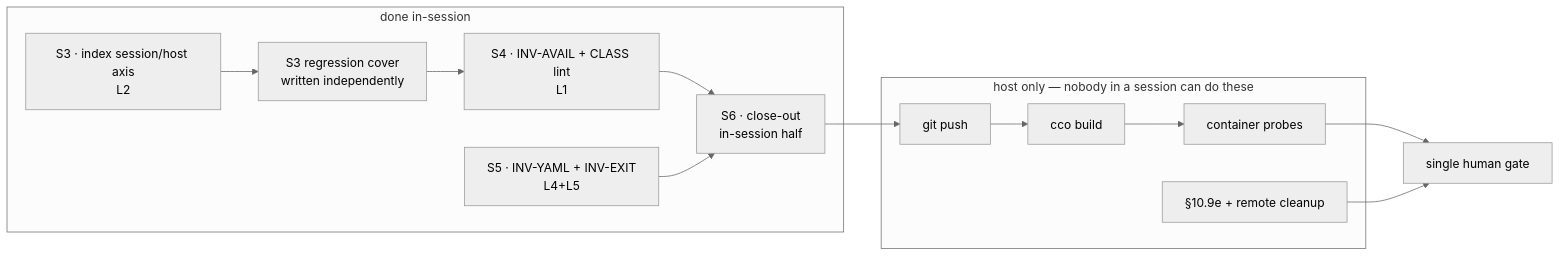
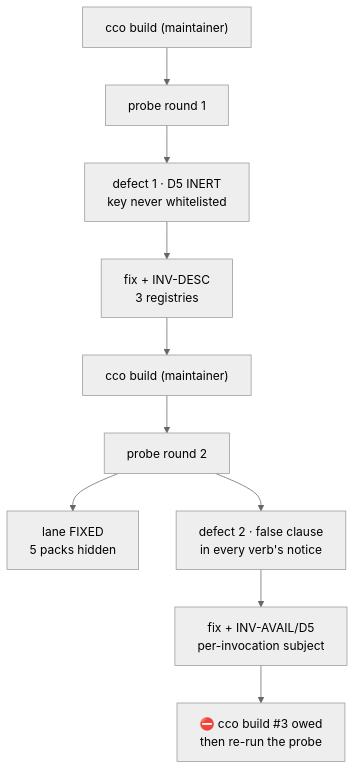
The diagram in docs/maintainers/handoff.md (alergyonthestage/claude-orchestrator), drawn with Mermaid (neutral theme) before and after one commit. The commit also changed other lines of this file and 4 other files, not shown here.

````diff
--- a/docs/maintainers/handoff.md
+++ b/docs/maintainers/handoff.md
@@ -16,21 +15,12 @@
 ```mermaid
-flowchart LR
-  subgraph DONE["done in-session"]
-    S3["S3 · index session/host axis<br/>L2"]
-    T3["S3 regression cover<br/>written independently"]
-    S4["S4 · INV-AVAIL + CLASS lint<br/>L1"]
-    S5["S5 · INV-YAML + INV-EXIT<br/>L4+L5"]
-    S6["S6 · close-out<br/>in-session half"]
-  end
-  subgraph HOST["host only — nobody in a session can do these"]
-    PUSH["git push"]
-    BUILD["cco build"]
-    PROBE["container probes"]
-    CLEAN["§10.9e + remote cleanup"]
-  end
-  GATE["single human gate"]
-  S3 --> T3 --> S4 --> S6
-  S5 --> S6
-  S6 --> PUSH --> BUILD --> PROBE --> GATE
-  CLEAN --> GATE
+flowchart TD
+  B["cco build (maintainer)"] --> P1["probe round 1"]
+  P1 --> D1["defect 1 · D5 INERT<br/>key never whitelisted"]
+  D1 --> F1["fix + INV-DESC<br/>3 registries"]
+  F1 --> B2["cco build (maintainer)"]
+  B2 --> P2["probe round 2"]
+  P2 --> OK["lane FIXED<br/>5 packs hidden"]
+  P2 --> D2["defect 2 · false clause<br/>in every verb's notice"]
+  D2 --> F2["fix + INV-AVAIL/D5<br/>per-invocation subject"]
+  F2 --> B3["⛔ cco build #3 owed<br/>then re-run the probe"]
 ```
````
